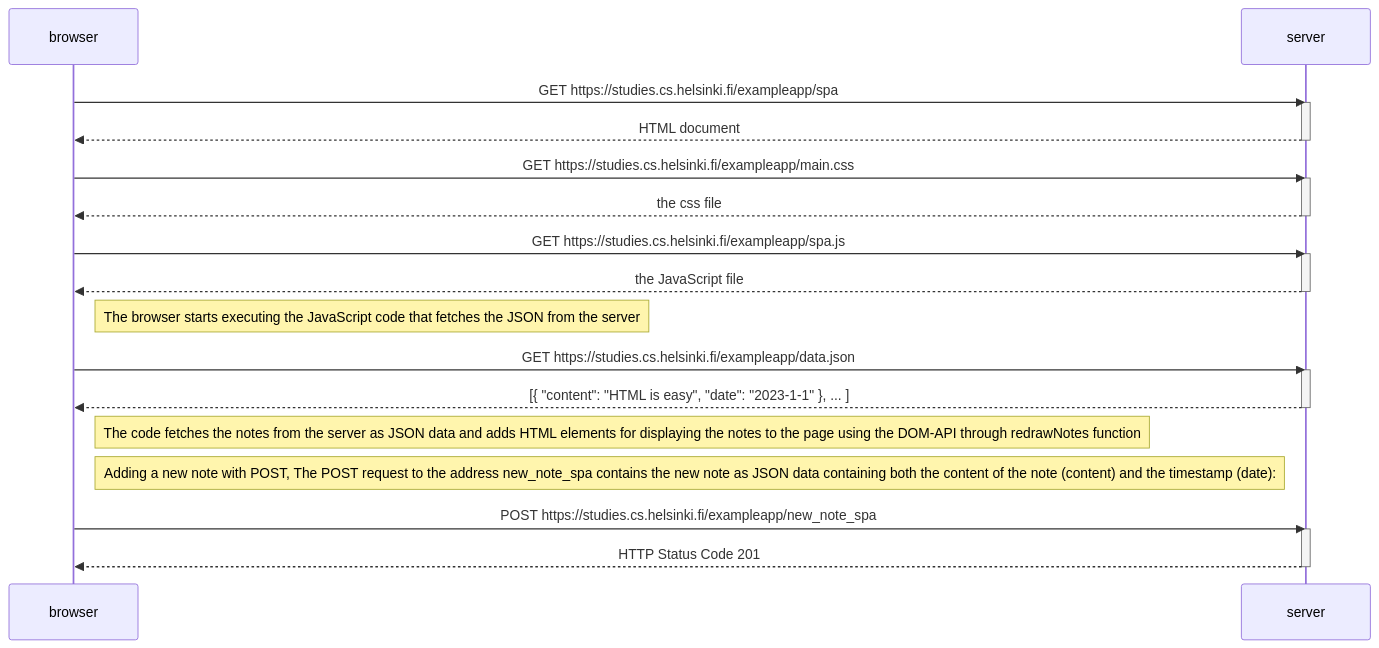
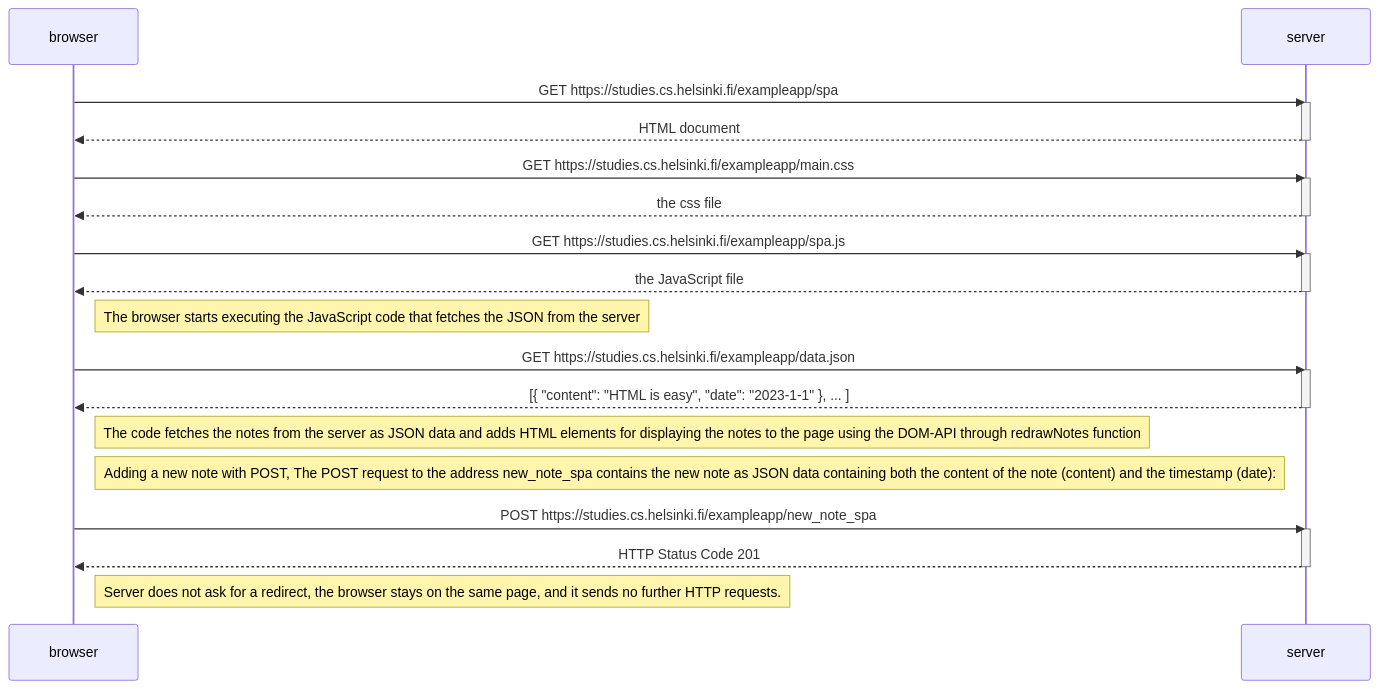
Before and after one commit to mmarhalim/part0: the diagram in 0.6.md, drawn with Mermaid.

````diff
--- a/0.6.md
+++ b/0.6.md
@@ -1,37 +1,37 @@
 ```mermaid
 sequenceDiagram
     participant browser
     participant server
 
     browser->>server: GET https://studies.cs.helsinki.fi/exampleapp/spa
     activate server
     server-->>browser: HTML document
     deactivate server
 
     browser->>server: GET https://studies.cs.helsinki.fi/exampleapp/main.css
     activate server
     server-->>browser: the css file
     deactivate server
 
     browser->>server: GET https://studies.cs.helsinki.fi/exampleapp/spa.js
     activate server
     server-->>browser: the JavaScript file
     deactivate server
 
     Note right of browser: The browser starts executing the JavaScript code that fetches the JSON from the server
 
     browser->>server: GET https://studies.cs.helsinki.fi/exampleapp/data.json
     activate server
     server-->>browser: [{ "content": "HTML is easy", "date": "2023-1-1" }, ... ]
     deactivate server
 
     Note right of browser: The code fetches the notes from the server as JSON data and adds HTML elements for displaying the notes to the page using the DOM-API through redrawNotes function
 
     Note right of browser: Adding a new note with POST, The POST request to the address new_note_spa contains the new note as JSON data containing both the content of the note (content) and the timestamp (date):
 
     browser->>server: POST https://studies.cs.helsinki.fi/exampleapp/new_note_spa
     activate server
     server-->>browser: HTTP Status Code 201
     deactivate server
-
+     Note right of browser: Server does not ask for a redirect, the browser stays on the same page, and it sends no further HTTP requests.
 ```
````
